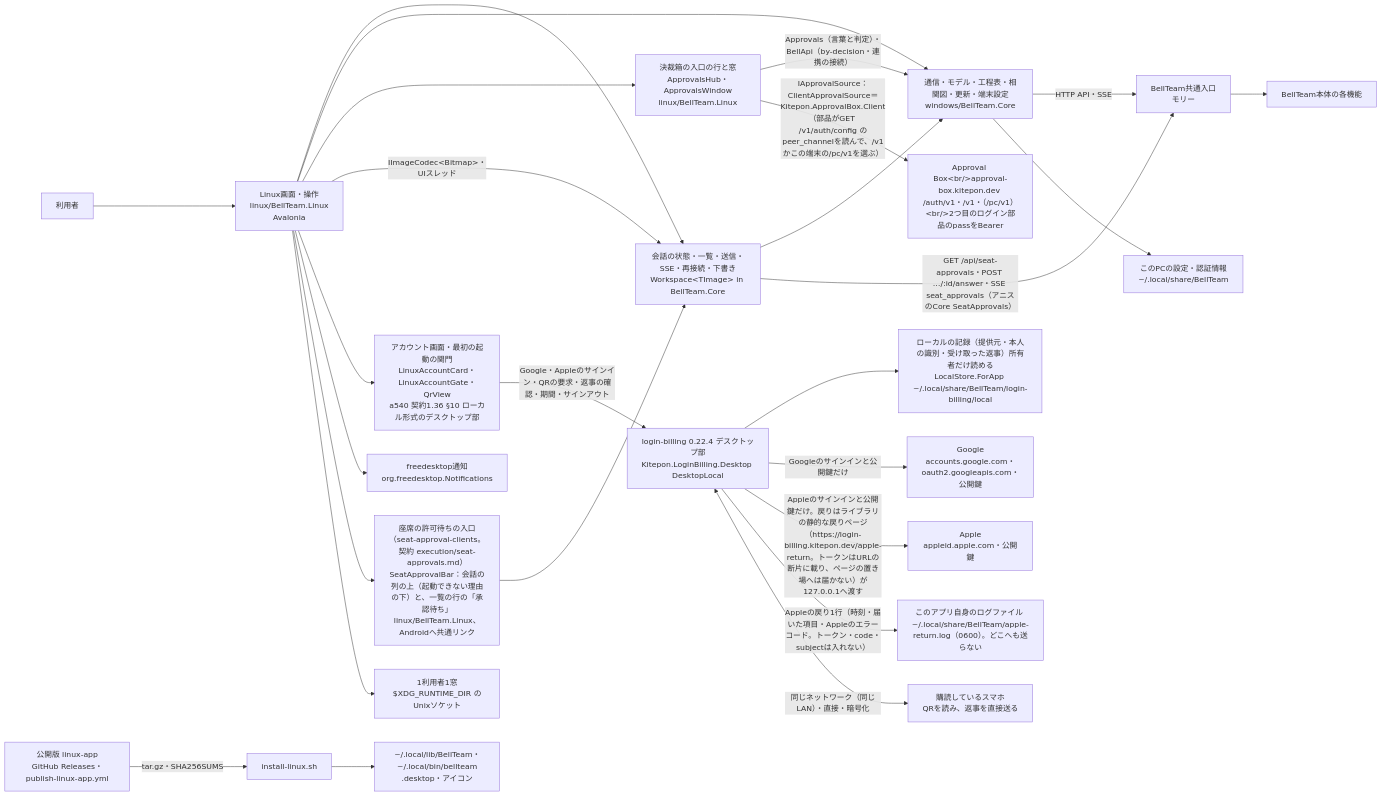
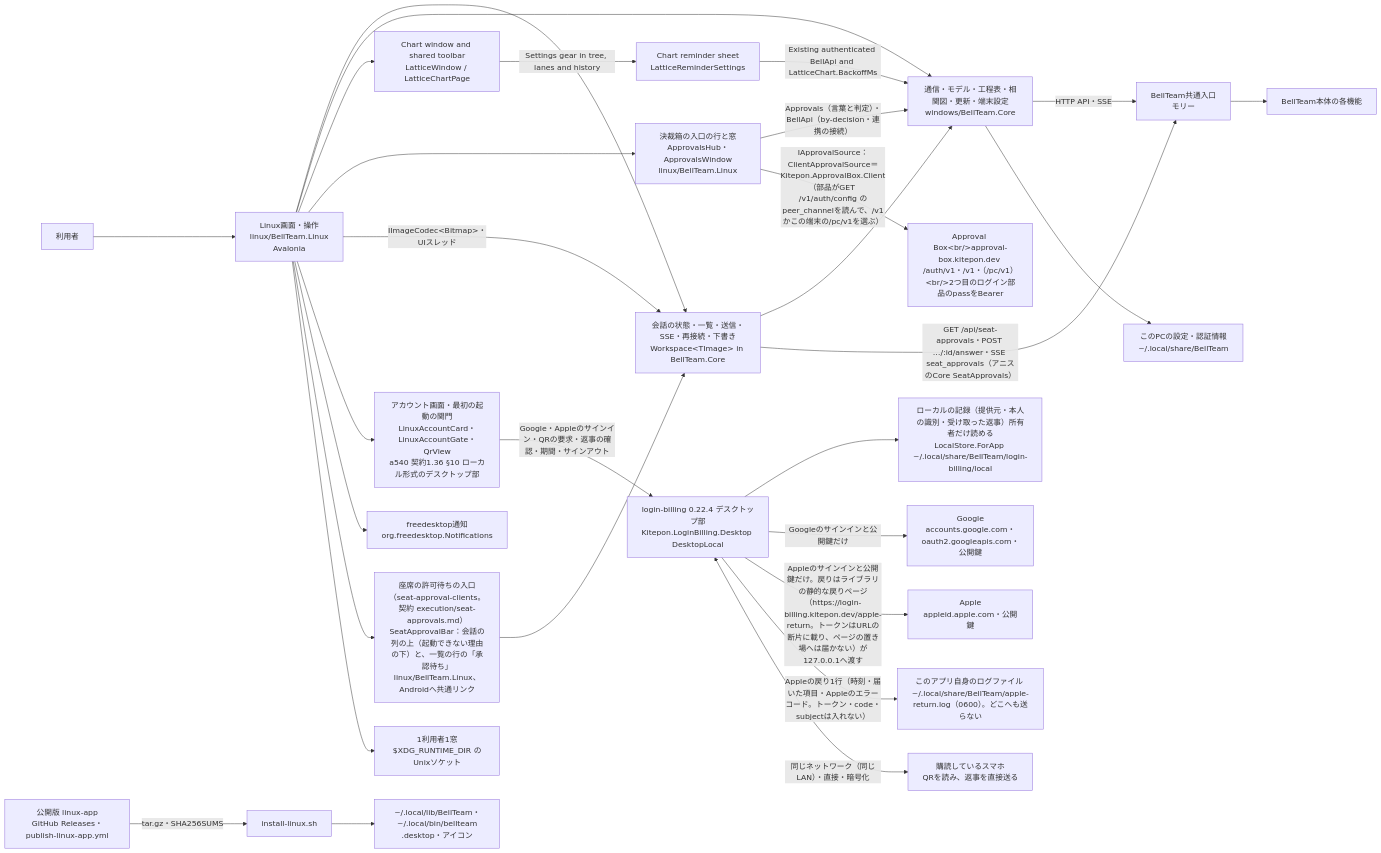
Before and after one commit to kitepon/BellTeam: the first of 3 diagrams in docs/linux-architecture.md, drawn with Mermaid. The commit also changed other lines of this file and 5 other files, not shown here.

Commit message:
Add Linux chart reminder settings

````diff
--- a/docs/linux-architecture.md
+++ b/docs/linux-architecture.md
@@ -9,28 +9,31 @@
 ```mermaid
 flowchart LR
   user[利用者] --> ui[Linux画面・操作<br/>linux/BellTeam.Linux<br/>Avalonia]
   ui --> ws[会話の状態・一覧・送信・SSE・再接続・下書き<br/>Workspace&lt;TImage&gt; in BellTeam.Core]
   ui --> core[通信・モデル・工程表・相関図・更新・端末設定<br/>windows/BellTeam.Core]
+  ui --> chart[Chart window and shared toolbar<br/>LatticeWindow / LatticeChartPage]
+  chart -->|Settings gear in tree, lanes and history| reminders[Chart reminder sheet<br/>LatticeReminderSettings]
+  reminders -->|Existing authenticated BellApi and LatticeChart.BackoffMs| core
   ui --> abx[決裁箱の入口の行と窓<br/>ApprovalsHub・ApprovalsWindow<br/>linux/BellTeam.Linux]
   abx -->|Approvals（言葉と判定）・BellApi（by-decision・連携の接続）| core
   abx -->|IApprovalSource：ClientApprovalSource＝Kitepon.ApprovalBox.Client（部品がGET /v1/auth/config のpeer_channelを読んで、/v1かこの端末の/pc/v1を選ぶ）| abxsrv[Approval Box&lt;br/&gt;approval-box.kitepon.dev /auth/v1・/v1・（/pc/v1）&lt;br/&gt;2つ目のログイン部品のpassをBearer]
   ws --> core
   ui -->|IImageCodec&lt;Bitmap&gt;・UIスレッド| ws
   core -->|HTTP API・SSE| integration[BellTeam共通入口<br/>モリー]
   core --> local[このPCの設定・認証情報<br/>~/.local/share/BellTeam]
   ui --> account[アカウント画面・最初の起動の関門<br/>LinuxAccountCard・LinuxAccountGate・QrView<br/>a540 契約1.36 §10 ローカル形式のデスクトップ部]
   account -->|Google・Appleのサインイン・QRの要求・返事の確認・期間・サインアウト| lib[login-billing 0.22.4 デスクトップ部<br/>Kitepon.LoginBilling.Desktop DesktopLocal]
   lib --> pass[ローカルの記録（提供元・本人の識別・受け取った返事）所有者だけ読める<br/>LocalStore.ForApp ~/.local/share/BellTeam/login-billing/local]
   lib -->|Googleのサインインと公開鍵だけ| google[Google<br/>accounts.google.com・oauth2.googleapis.com・公開鍵]
   lib -->|Appleのサインインと公開鍵だけ。戻りはライブラリの静的な戻りページ（https://login-billing.kitepon.dev/apple-return。トークンはURLの断片に載り、ページの置き場へは届かない）が127.0.0.1へ渡す| apple[Apple<br/>appleid.apple.com・公開鍵]
   lib -->|Appleの戻り1行（時刻・届いた項目・Appleのエラーコード。トークン・code・subjectは入れない）| devlog[このアプリ自身のログファイル ~/.local/share/BellTeam/apple-return.log（0600）。どこへも送らない]
   lib <-->|同じネットワーク（同じLAN）・直接・暗号化| phone[購読しているスマホ<br/>QRを読み、返事を直接送る]
   ui --> notify[freedesktop通知<br/>org.freedesktop.Notifications]
   ui --> seat[座席の許可待ちの入口（seat-approval-clients。契約 execution/seat-approvals.md）<br/>SeatApprovalBar：会話の列の上（起動できない理由の下）と、一覧の行の「承認待ち」<br/>linux/BellTeam.Linux、Androidへ共通リンク]
   seat --> ws
   ws -->|"GET /api/seat-approvals・POST …/:id/answer・SSE seat_approvals（アニスのCore SeatApprovals）"| integration
   ui --> single[1利用者1窓<br/>$XDG_RUNTIME_DIR のUnixソケット]
   release[公開版 linux-app<br/>GitHub Releases・publish-linux-app.yml] -->|tar.gz・SHA256SUMS| install[install-linux.sh]
   install --> files[~/.local/lib/BellTeam・~/.local/bin/bellteam<br/>.desktop・アイコン]
   integration --> server[BellTeam本体の各機能]
 ```
````
